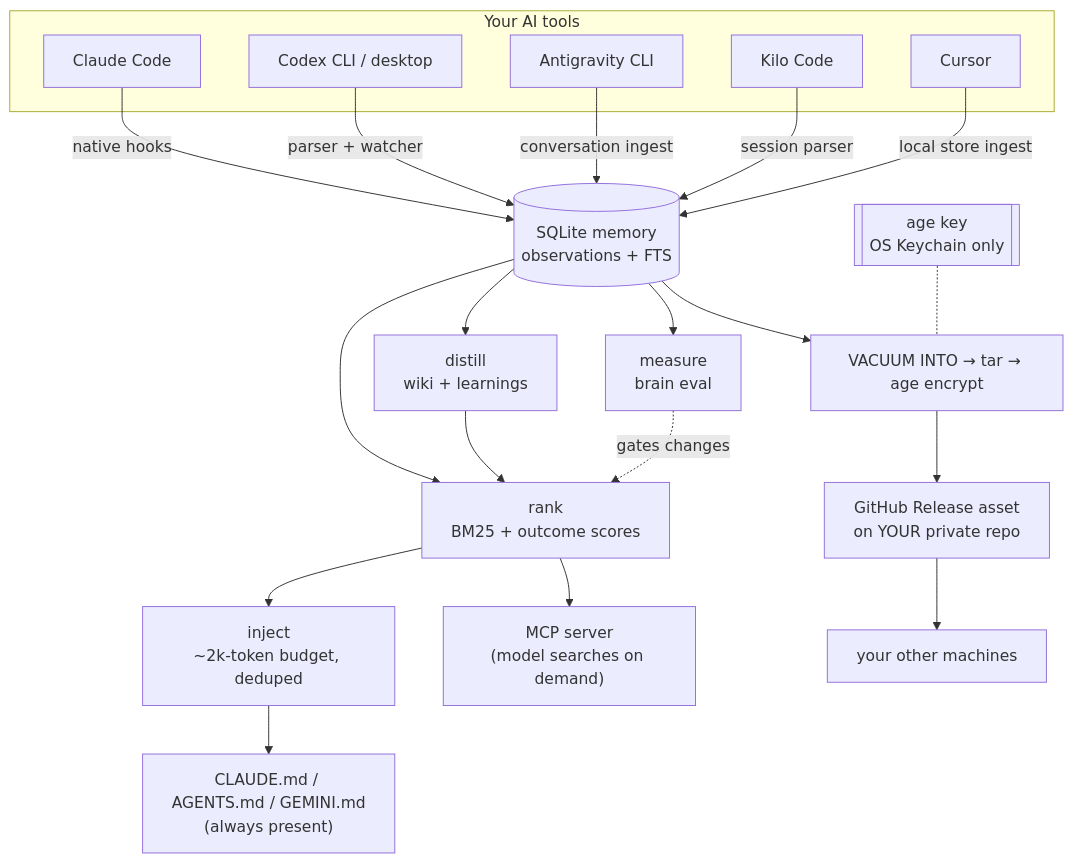
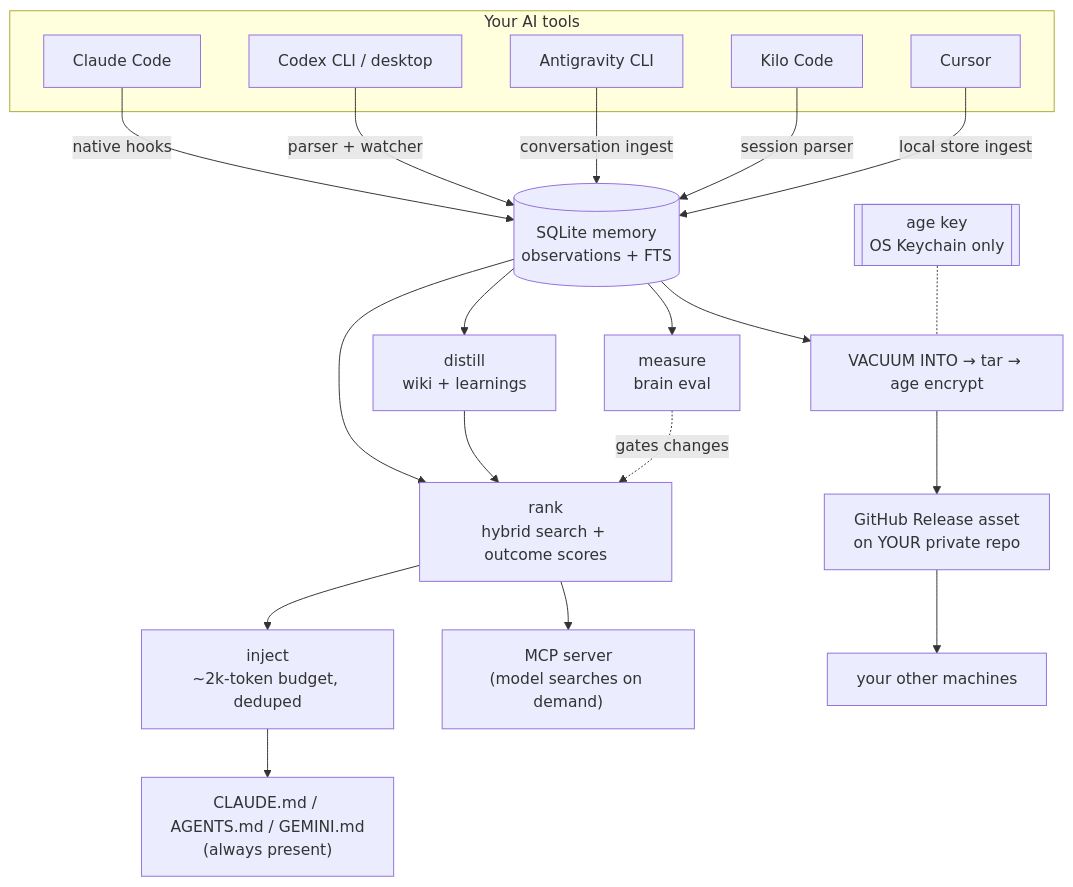
Before and after one commit to rohithhn/Open-Agentic-Brain-and-Memory: the diagram in README.md, drawn with Mermaid. The commit also changed other lines of this file and 1 other file, not shown here.

First line of the commit message:
README: current install flow, hybrid search, benchmarks, panel, tests

````diff
--- a/README.md
+++ b/README.md
@@ -193,32 +209,32 @@
 ```mermaid
 flowchart TB
   subgraph tools["Your AI tools"]
     CC["Claude Code"]
     CX["Codex CLI / desktop"]
     AG["Antigravity CLI"]
     KC["Kilo Code"]
     CU["Cursor"]
   end
 
   CC -->|native hooks| DB
   CX -->|parser + watcher| DB
   AG -->|conversation ingest| DB
   KC -->|session parser| DB
   CU -->|local store ingest| DB
 
   DB[("SQLite memory<br/>observations + FTS")]
 
   DB --> DREAM["distill<br/>wiki + learnings"]
-  DB --> RANK["rank<br/>BM25 + outcome scores"]
+  DB --> RANK["rank<br/>hybrid search + outcome scores"]
   DREAM --> RANK
   RANK --> INJ["inject<br/>~2k-token budget, deduped"]
   INJ --> PUSH["CLAUDE.md / AGENTS.md / GEMINI.md<br/>(always present)"]
   RANK --> MCP["MCP server<br/>(model searches on demand)"]
   DB --> EVAL["measure<br/>brain eval"]
   EVAL -.gates changes.-> RANK
 
   DB --> PACK["VACUUM INTO → tar → age encrypt"]
   PACK --> REL["GitHub Release asset<br/>on YOUR private repo"]
   REL --> OTHER["your other machines"]
   KEY[["age key<br/>OS Keychain only"]] -.- PACK
 ```
````
